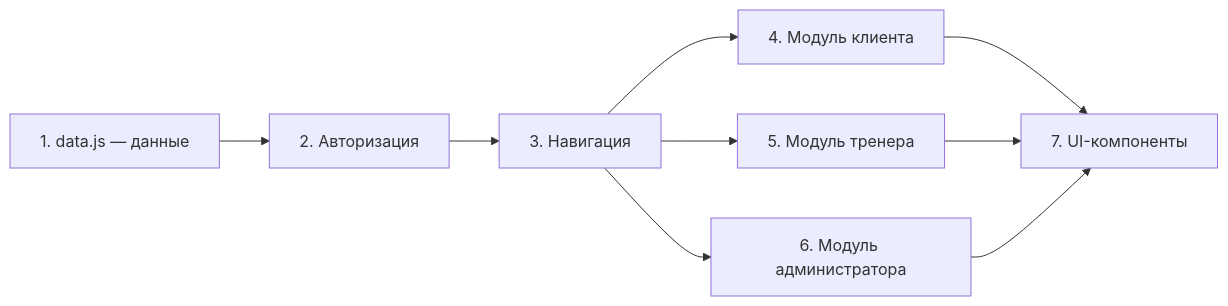
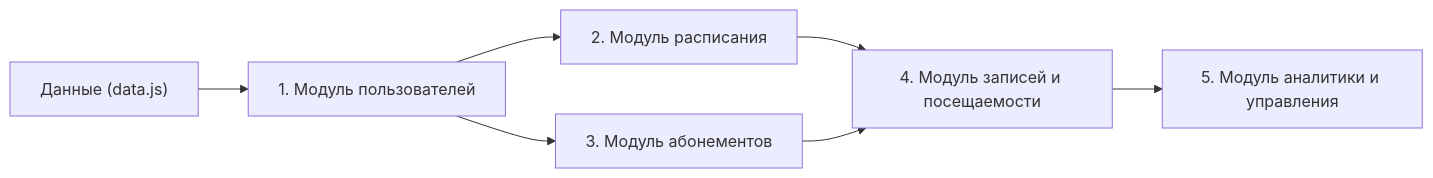
One commit to valtureso788/Fitness-03 changed the second of 3 diagrams in ЭТАПЫ/Этап_07_модули_интеграция.md. Above: the diagram before and after it, drawn with Mermaid. The commit also changed other lines of this file and 2 other files, not shown here.

````diff
--- a/ЭТАПЫ/Этап_07_модули_интеграция.md
+++ b/ЭТАПЫ/Этап_07_модули_интеграция.md
@@ -73,11 +73,9 @@
 ```mermaid
 flowchart LR
-    D["1. data.js — данные"] --> Auth["2. Авторизация"]
-    Auth --> Nav["3. Навигация"]
-    Nav --> Client["4. Модуль клиента"]
-    Nav --> Coach["5. Модуль тренера"]
-    Nav --> Admin["6. Модуль администратора"]
-    Client --> UI["7. UI-компоненты"]
-    Coach --> UI
-    Admin --> UI
+    D["Данные (data.js)"] --> M1["1. Модуль пользователей"]
+    M1 --> M2["2. Модуль расписания"]
+    M1 --> M3["3. Модуль абонементов"]
+    M2 --> M4["4. Модуль записей и посещаемости"]
+    M3 --> M4
+    M4 --> M5["5. Модуль аналитики и управления"]
 ```
````
